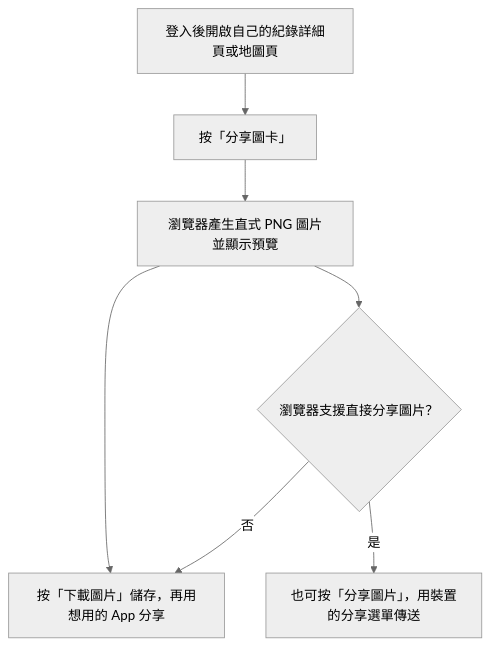
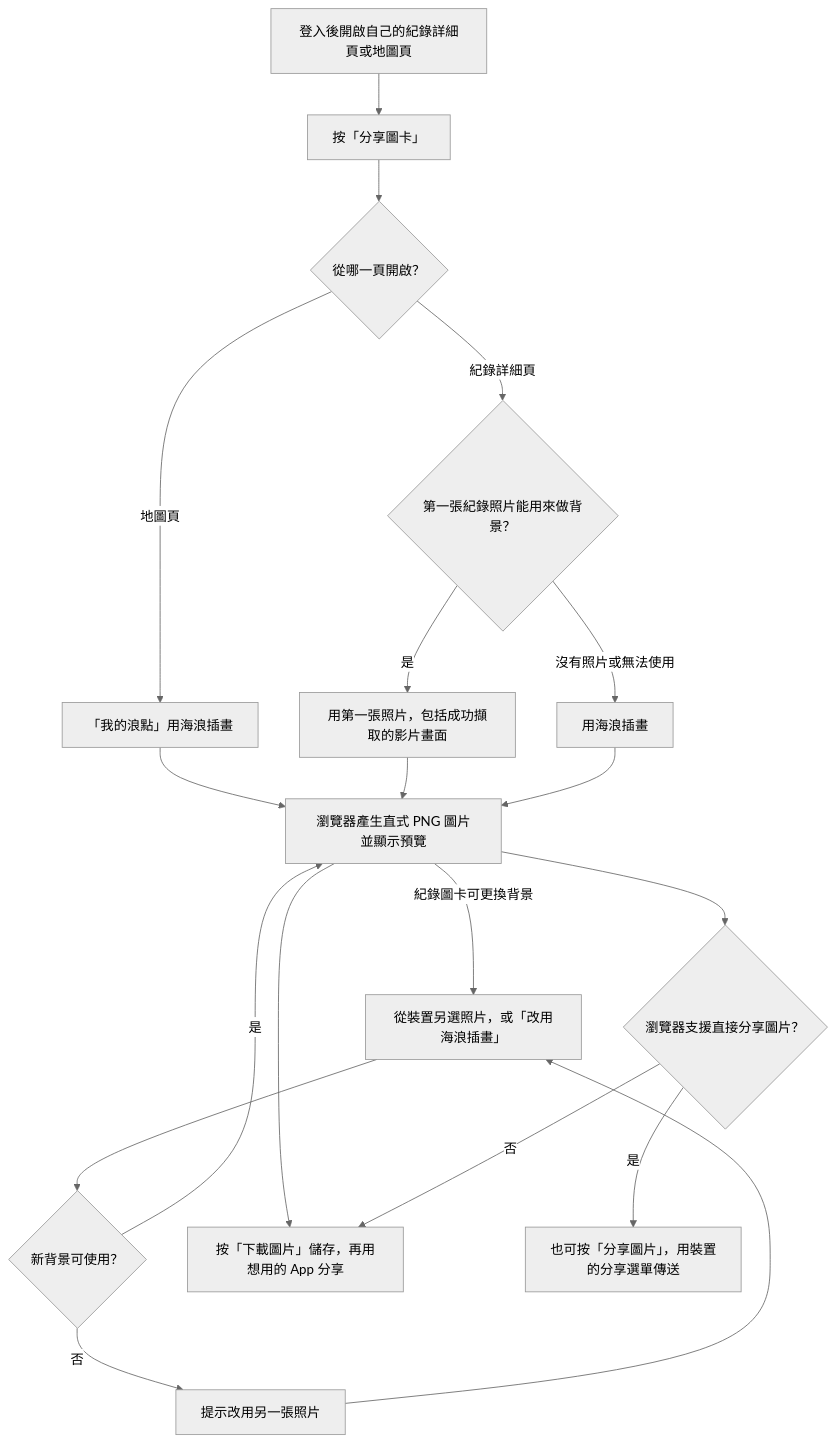
Before and after one commit to ChristingChang/waveshare: the seventh of 7 diagrams in docs/flows.md, drawn with Mermaid (neutral theme). The commit also changed other lines of this file and 4 other files, not shown here.

Commit message:
docs: 補充分享圖卡與影片自動擷取照片

````diff
--- a/docs/flows.md
+++ b/docs/flows.md
@@ -130,9 +138,21 @@
 ```mermaid
 flowchart TD
     A["登入後開啟自己的紀錄詳細頁或地圖頁"] --> B["按「分享圖卡」"]
-    B --> C["瀏覽器產生直式 PNG 圖片並顯示預覽"]
+    B --> G{"從哪一頁開啟？"}
+    G -->|地圖頁| H["「我的浪點」用海浪插畫"]
+    G -->|紀錄詳細頁| I{"第一張紀錄照片能用來做背景？"}
+    I -->|是| J["用第一張照片，包括成功擷取的影片畫面"]
+    I -->|沒有照片或無法使用| K["用海浪插畫"]
+    H --> C["瀏覽器產生直式 PNG 圖片並顯示預覽"]
+    J --> C
+    K --> C
+    C -->|紀錄圖卡可更換背景| L["從裝置另選照片，或「改用海浪插畫」"]
+    L --> M{"新背景可使用？"}
+    M -->|是| C
+    M -->|否| N["提示改用另一張照片"]
+    N --> L
     C --> D["按「下載圖片」儲存，再用想用的 App 分享"]
     C --> E{"瀏覽器支援直接分享圖片？"}
     E -->|是| F["也可按「分享圖片」，用裝置的分享選單傳送"]
     E -->|否| D
 ```
````
